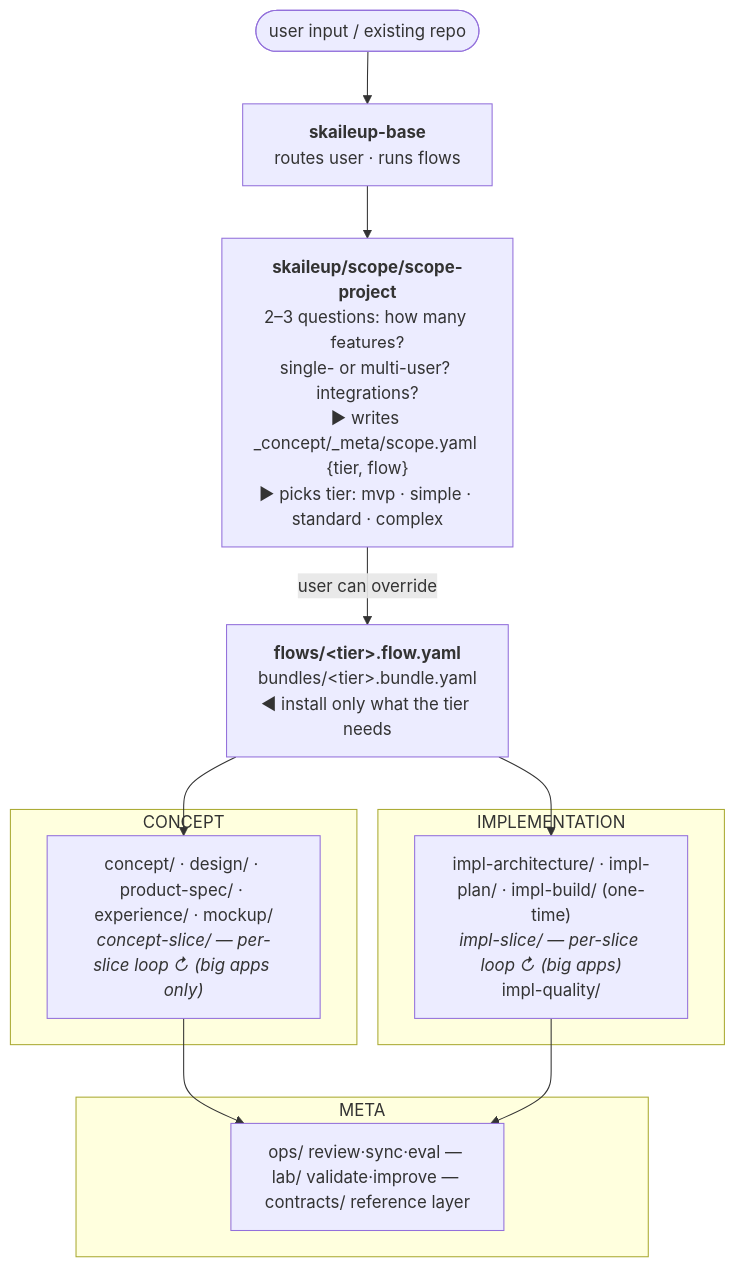
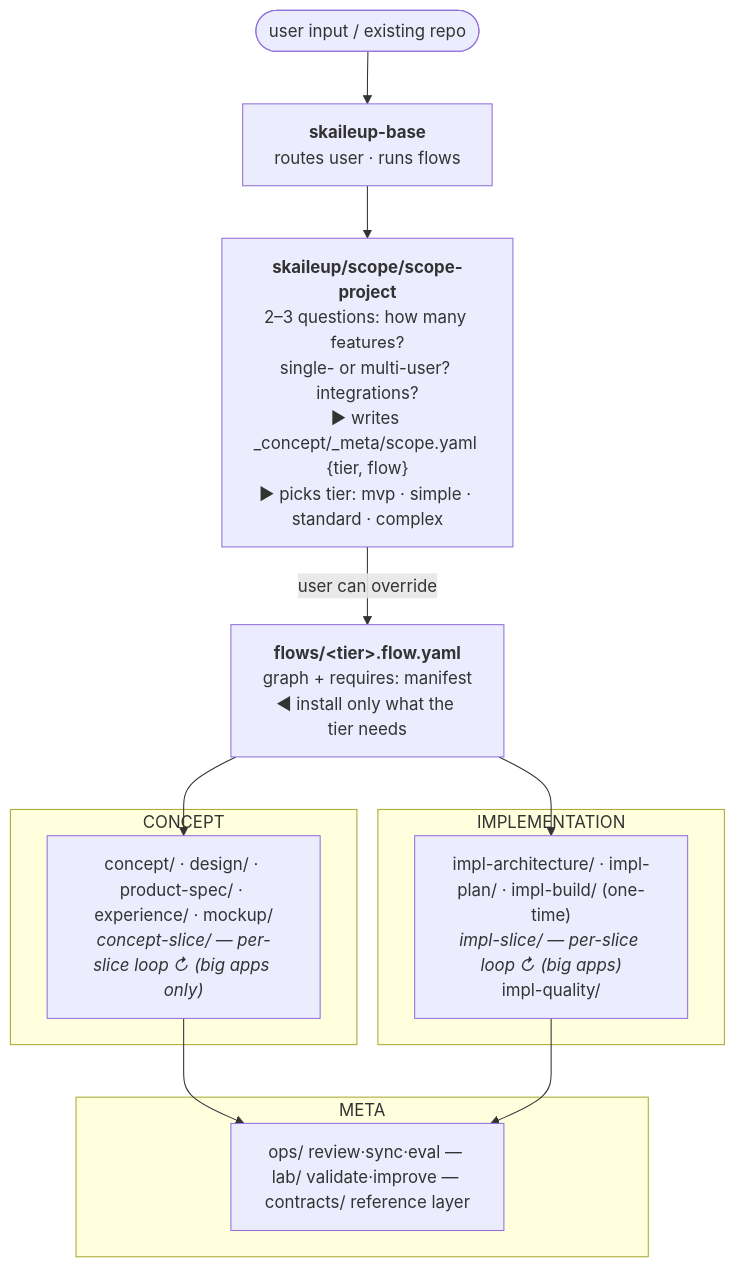
One commit to skaile-ai/ai-assets-skaileup changed the first of 2 diagrams in docs/src/content/docs/intro/mental-model.mdx. Above: the diagram before and after it, drawn with Mermaid. The commit also changed other lines of this file and 48 other files, not shown here.

First line of the commit message:
refactor(flows): fold bundles into self-contained flow manifests

````diff
--- a/docs/src/content/docs/intro/mental-model.mdx
+++ b/docs/src/content/docs/intro/mental-model.mdx
@@ -14,29 +14,29 @@
 ```mermaid
 flowchart TD
   input([user input / existing repo]) --> base
 
   base["<b>skaileup-base</b><br/>routes user · runs flows"]
   base --> scope
 
   scope["<b>skaileup/scope/scope-project</b><br/>2–3 questions: how many features?<br/>single- or multi-user? integrations?<br/>► writes _concept/_meta/scope.yaml {tier, flow}<br/>► picks tier: mvp · simple · standard · complex"]
   scope -->|user can override| flow
 
-  flow["<b>flows/&lt;tier&gt;.flow.yaml</b><br/>bundles/&lt;tier&gt;.bundle.yaml<br/>◄ install only what the tier needs"]
+  flow["<b>flows/&lt;tier&gt;.flow.yaml</b><br/>graph + requires: manifest<br/>◄ install only what the tier needs"]
   flow --> concept
   flow --> impl
 
   subgraph CONCEPT
     concept["concept/ · design/ · product-spec/ · experience/ · mockup/<br/><i>concept-slice/ — per-slice loop ↻ (big apps only)</i>"]
   end
 
   subgraph IMPLEMENTATION
     impl["impl-architecture/ · impl-plan/ · impl-build/ (one-time)<br/><i>impl-slice/ — per-slice loop ↻ (big apps)</i><br/>impl-quality/"]
   end
 
   concept --> meta
   impl --> meta
 
   subgraph META
     meta["ops/ review·sync·eval — lab/ validate·improve — contracts/ reference layer"]
   end
 ```
````
